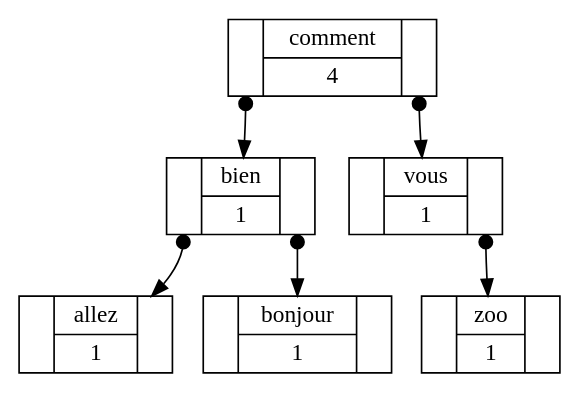
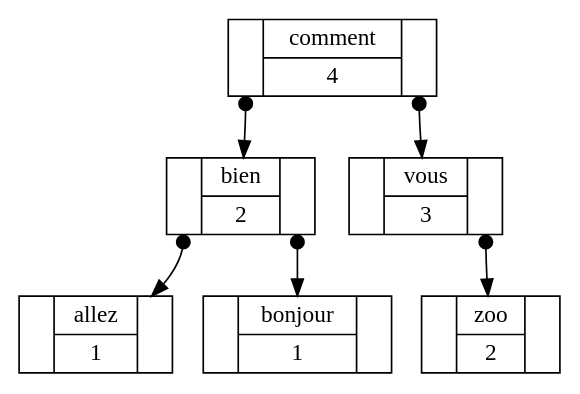
The diagram in data/dot/arbre.dot (yacine20005/ABRnois), drawn with Graphviz before and after one commit. The commit also changed 9 other files, not shown here.

```diff
--- a/data/dot/arbre.dot
+++ b/data/dot/arbre.dot
@@ -1,16 +1,16 @@
 digraph arbre {
     node [shape=record, height=.1]
     edge [tailclip=false, arrowtail=dot, dir=both];
 
-    n0x562944b39840 [label="<fg> | {comment | 4} | <fd>"];
-    n0x562944b39700 [label="<fg> | {bien | 1} | <fd>"];
-    n0x562944b397a0 [label="<fg> | {allez | 1} | <fd>"];
-    n0x562944b397f0 [label="<fg> | {bonjour | 1} | <fd>"];
-    n0x562944b39700:fg -> n0x562944b397a0;
-    n0x562944b39700:fd -> n0x562944b397f0;
-    n0x562944b396b0 [label="<fg> | {vous | 1} | <fd>"];
-    n0x562944b39750 [label="<fg> | {zoo | 1} | <fd>"];
-    n0x562944b396b0:fd -> n0x562944b39750;
-    n0x562944b39840:fg -> n0x562944b39700;
-    n0x562944b39840:fd -> n0x562944b396b0;
+    n0x5634127b0430 [label="<fg> | {comment | 4} | <fd>"];
+    n0x5634127b02f0 [label="<fg> | {bien | 2} | <fd>"];
+    n0x5634127b0390 [label="<fg> | {allez | 1} | <fd>"];
+    n0x5634127b03e0 [label="<fg> | {bonjour | 1} | <fd>"];
+    n0x5634127b02f0:fg -> n0x5634127b0390;
+    n0x5634127b02f0:fd -> n0x5634127b03e0;
+    n0x5634127b02a0 [label="<fg> | {vous | 3} | <fd>"];
+    n0x5634127b0340 [label="<fg> | {zoo | 2} | <fd>"];
+    n0x5634127b02a0:fd -> n0x5634127b0340;
+    n0x5634127b0430:fg -> n0x5634127b02f0;
+    n0x5634127b0430:fd -> n0x5634127b02a0;
 }
```
